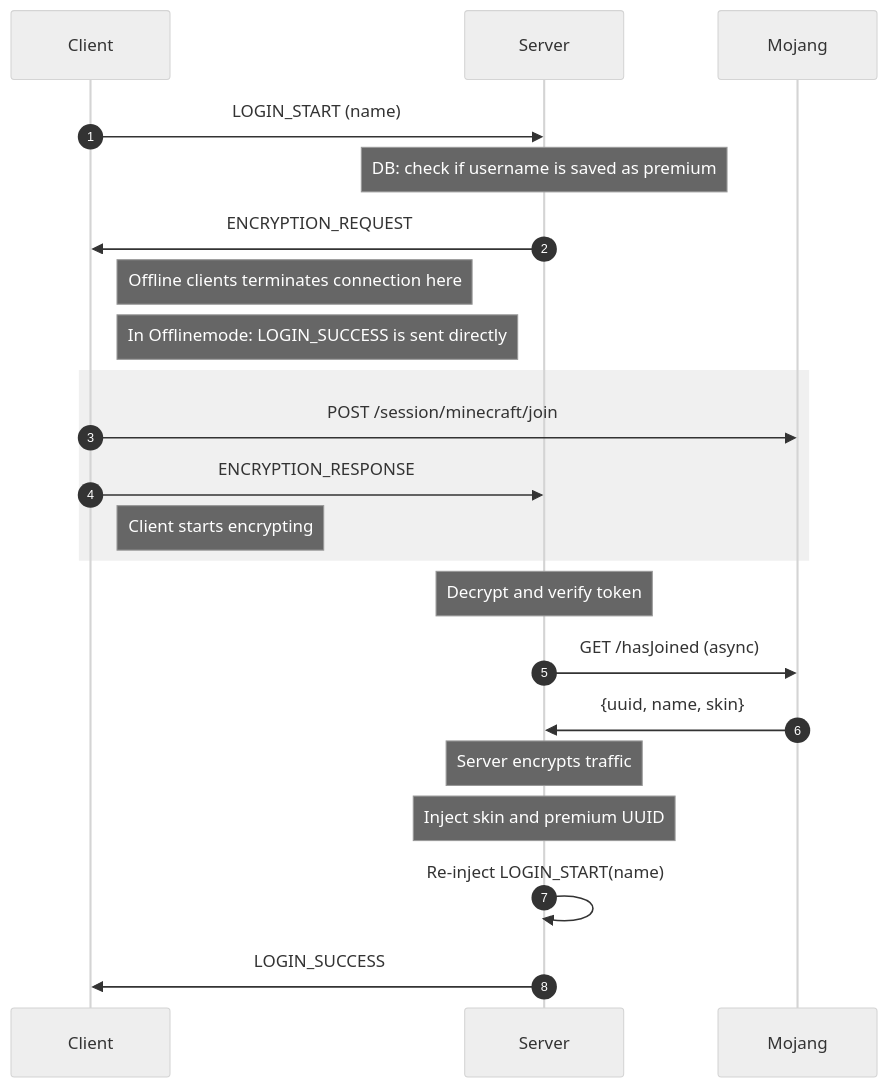
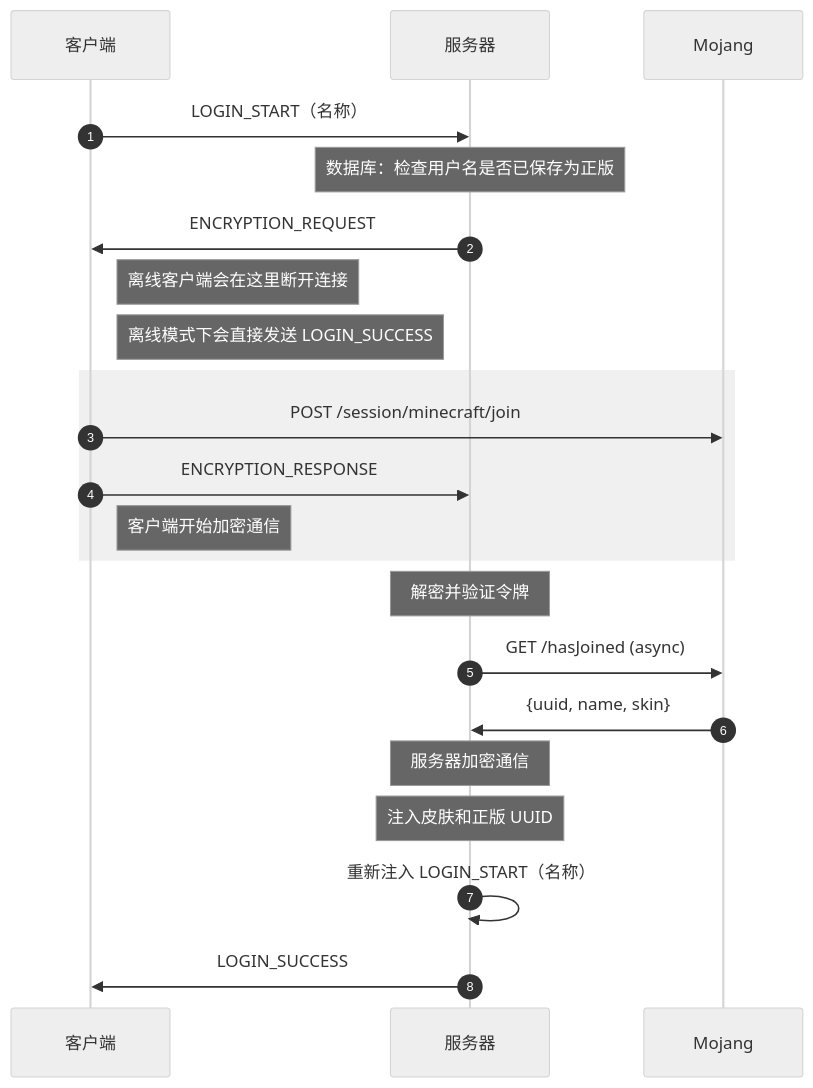
Before and after one commit to Chenyu550/FastLogin: the diagram in README.md, drawn with Mermaid (neutral theme). The commit also changed other lines of this file and 13 other files, not shown here.

````diff
--- a/README.md
+++ b/README.md
@@ -36,29 +36,29 @@
 ```mermaid
 sequenceDiagram
     autonumber
-    participant C as Client
-    participant S as Server
+    participant C as 客户端
+    participant S as 服务器
     participant M as Mojang
 
-    C->>S: LOGIN_START (name)
-    Note over S: DB: check if username is saved as premium
+    C->>S: LOGIN_START（名称）
+    Note over S: 数据库：检查用户名是否已保存为正版
     S->>C: ENCRYPTION_REQUEST
-    Note right of C: Offline clients terminates connection here
-    Note right of C: In Offlinemode: LOGIN_SUCCESS is sent directly
+    Note right of C: 离线客户端会在这里断开连接
+    Note right of C: 离线模式下会直接发送 LOGIN_SUCCESS
 
     rect rgb(240, 240, 240)
         C->>M: POST /session/minecraft/join
         C->>S: ENCRYPTION_RESPONSE
-        Note right of C: Client starts encrypting
+        Note right of C: 客户端开始加密通信
     end
 
-    Note over S: Decrypt and verify token
+    Note over S: 解密并验证令牌
     S->>M: GET /hasJoined (async)
     M->>S: {uuid, name, skin}
 
-    Note over S: Server encrypts traffic
-    Note over S: Inject skin and premium UUID
-    S->>S: Re-inject LOGIN_START(name)
+    Note over S: 服务器加密通信
+    Note over S: 注入皮肤和正版 UUID
+    S->>S: 重新注入 LOGIN_START（名称）
 
     S->>C: LOGIN_SUCCESS
 ```
````
